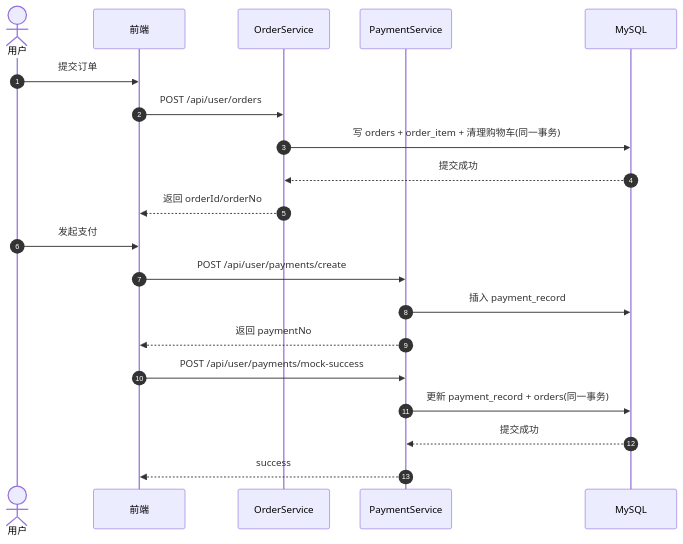
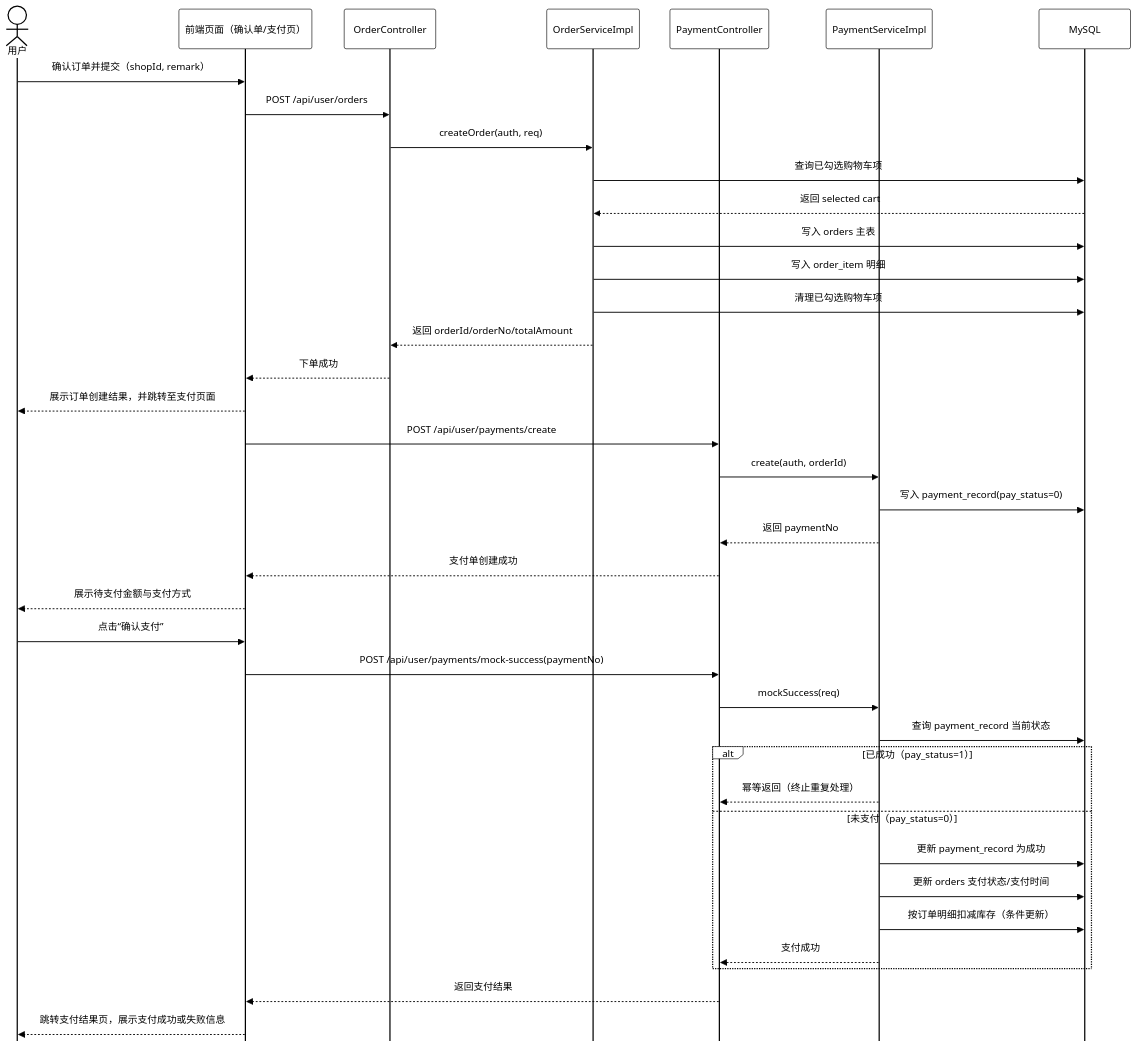
Before and after one commit to yuluo-eng/FoodieCloud: the third of 6 diagrams in thesis/first draft.md, drawn with Mermaid. The commit also changed other lines of this file and 26 other files, not shown here.

````diff
--- a/thesis/first draft.md
+++ b/thesis/first draft.md
@@ -352,25 +397,45 @@
 ```mermaid
+%%{init: {"theme":"base","themeVariables":{"primaryColor":"#ffffff","primaryTextColor":"#000000","primaryBorderColor":"#000000","lineColor":"#000000","secondaryColor":"#f5f5f5","tertiaryColor":"#e8e8e8","background":"#ffffff","fontFamily":"SimSun, STSong, Times New Roman, serif","fontSize":"13px"},"sequence":{"mirrorActors":false,"wrap":false}}}%%
 sequenceDiagram
-  autonumber
-  actor U as 用户
-  participant FE as 前端
-  participant OS as OrderService
-  participant PS as PaymentService
-  participant DB as MySQL
+    actor U as 用户
+    participant FE as 前端页面（确认单/支付页）
+    participant OC as OrderController
+    participant OS as OrderServiceImpl
+    participant PC as PaymentController
+    participant PS as PaymentServiceImpl
+    participant DB as MySQL
 
-  U->>FE: 提交订单
-  FE->>OS: POST /api/user/orders
-  OS->>DB: 写 orders + order_item + 清理购物车(同一事务)
-  DB-->>OS: 提交成功
-  OS-->>FE: 返回 orderId/orderNo
+    U->>FE: 确认订单并提交（shopId, remark）
+    FE->>OC: POST /api/user/orders
+    OC->>OS: createOrder(auth, req)
+    OS->>DB: 查询已勾选购物车项
+    DB-->>OS: 返回 selected cart
+    OS->>DB: 写入 orders 主表
+    OS->>DB: 写入 order_item 明细
+    OS->>DB: 清理已勾选购物车项
+    OS-->>OC: 返回 orderId/orderNo/totalAmount
+    OC-->>FE: 下单成功
+    FE-->>U: 展示订单创建结果，并跳转至支付页面
 
-  U->>FE: 发起支付
-  FE->>PS: POST /api/user/payments/create
-  PS->>DB: 插入 payment_record
-  PS-->>FE: 返回 paymentNo
+    FE->>PC: POST /api/user/payments/create
+    PC->>PS: create(auth, orderId)
+    PS->>DB: 写入 payment_record(pay_status=0)
+    PS-->>PC: 返回 paymentNo
+    PC-->>FE: 支付单创建成功
+    FE-->>U: 展示待支付金额与支付方式
 
-  FE->>PS: POST /api/user/payments/mock-success
-  PS->>DB: 更新 payment_record + orders(同一事务)
-  DB-->>PS: 提交成功
-  PS-->>FE: success
+    U->>FE: 点击“确认支付”
+    FE->>PC: POST /api/user/payments/mock-success(paymentNo)
+    PC->>PS: mockSuccess(req)
+    PS->>DB: 查询 payment_record 当前状态
+    alt 已成功（pay_status=1）
+        PS-->>PC: 幂等返回（终止重复处理）
+    else 未支付（pay_status=0）
+        PS->>DB: 更新 payment_record 为成功
+        PS->>DB: 更新 orders 支付状态/支付时间
+        PS->>DB: 按订单明细扣减库存（条件更新）
+        PS-->>PC: 支付成功
+    end
+    PC-->>FE: 返回支付结果
+    FE-->>U: 跳转支付结果页，展示支付成功或失败信息
 ```
````
